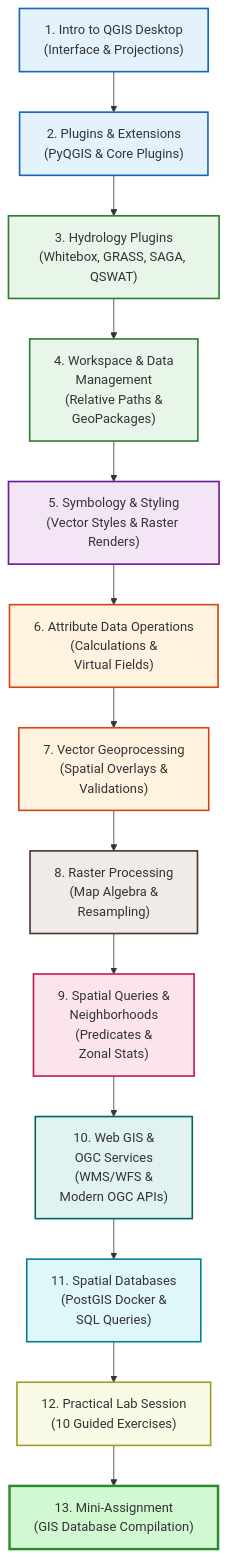
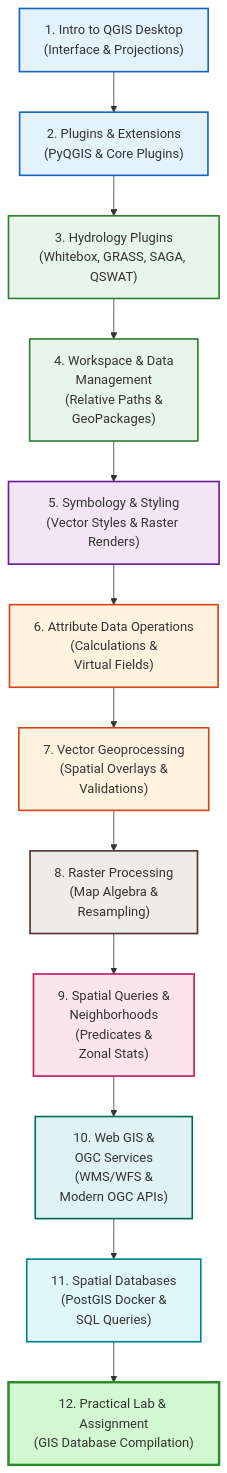
Before and after one commit to Rotten-Grapes-Pvt-Ltd/QGIS-WECS: the diagram in docs/day3/index.md, drawn with Mermaid. The commit also changed other lines of this file and 10 other files, not shown here.

Commit message:
Combine Practical Sessions and Mini Assignments for Day 1, Day 2, and Day 3

````diff
--- a/docs/day3/index.md
+++ b/docs/day3/index.md
@@ -35,30 +35,28 @@
 ```mermaid
 graph TD
     M1["1. Intro to QGIS Desktop<br/>(Interface & Projections)"] --> M2["2. Plugins & Extensions<br/>(PyQGIS & Core Plugins)"]
     M2 --> M3["3. Hydrology Plugins<br/>(Whitebox, GRASS, SAGA, QSWAT)"]
     M3 --> M4["4. Workspace & Data <br> Management<br/>(Relative Paths & <br> GeoPackages)"]
     M4 --> M5["5. Symbology & Styling<br/>(Vector Styles & Raster Renders)"]
     M5 --> M6["6. Attribute Data Operations<br/>(Calculations & <br> Virtual Fields)"]
     M6 --> M7["7. Vector Geoprocessing<br/>(Spatial Overlays & <br> Validations)"]
     M7 --> M8["8. Raster Processing<br/>(Map Algebra & <br> Resampling)"]
     M8 --> M9["9. Spatial Queries & <br> Neighborhoods<br/>(Predicates & <br> Zonal Stats)"]
     M9 --> M10["10. Web GIS & <br> OGC Services<br/>(WMS/WFS & <br> Modern OGC APIs)"]
     M10 --> M11["11. Spatial Databases<br/>(PostGIS Docker & <br> SQL Queries)"]
-    M11 --> M12["12. Practical Lab Session<br/>(10 Guided Exercises)"]
-    M12 --> M13["13. Mini-Assignment<br/>(GIS Database Compilation)"]
+    M11 --> M12["12. Practical Lab & Assignment<br/>(GIS Database Compilation)"]
 
     %% Premium styled flowchart nodes
     style M1 fill:#e3f2fd,stroke:#1565c0,stroke-width:2px
     style M2 fill:#e3f2fd,stroke:#1565c0,stroke-width:2px
     style M3 fill:#e8f5e9,stroke:#2e7d32,stroke-width:2px
     style M4 fill:#e8f5e9,stroke:#2e7d32,stroke-width:2px
     style M5 fill:#f3e5f5,stroke:#6a1b9a,stroke-width:2px
     style M6 fill:#fff3e0,stroke:#d84315,stroke-width:2px
     style M7 fill:#fff3e0,stroke:#d84315,stroke-width:2px
     style M8 fill:#efebe9,stroke:#4e342e,stroke-width:2px
     style M9 fill:#fce4ec,stroke:#c2185b,stroke-width:2px
     style M10 fill:#e0f2f1,stroke:#00695c,stroke-width:2px
     style M11 fill:#e0f7fa,stroke:#00838f,stroke-width:2px
-    style M12 fill:#f9fbe7,stroke:#9e9d24,stroke-width:2px
-    style M13 fill:#d2f8d2,stroke:#2b8a2b,stroke-width:3px
+    style M12 fill:#d2f8d2,stroke:#2b8a2b,stroke-width:3px
 ```
````
